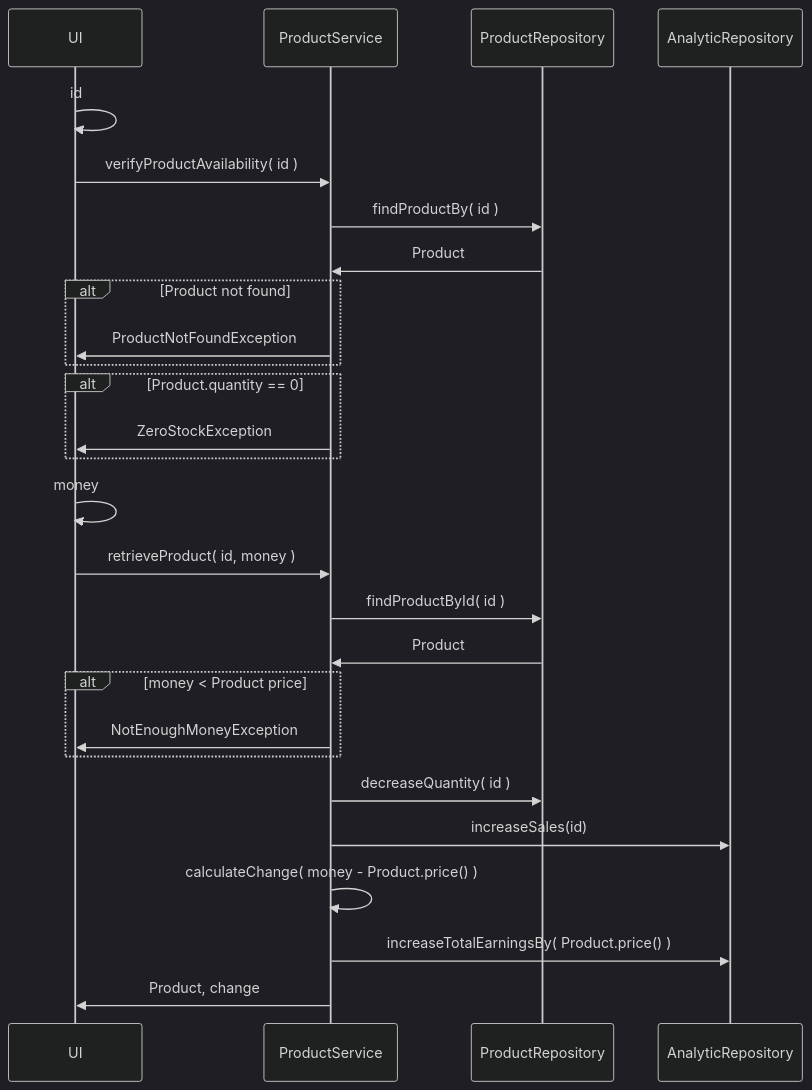
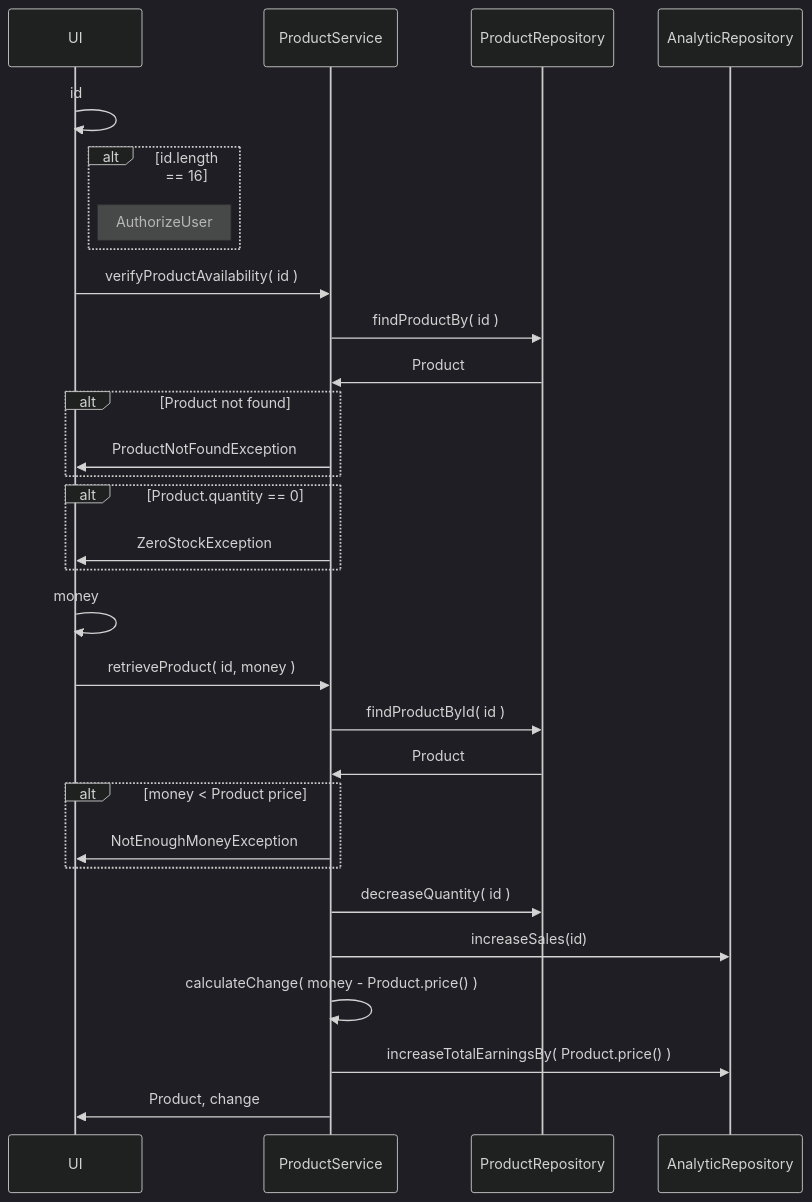
One commit to Apameus/Vending_Machine changed the third of 14 diagrams in README.md. Above: the diagram before and after it, drawn with Mermaid (dark theme). The commit also changed 14 other files, not shown here.

````diff
--- a/README.md
+++ b/README.md
@@ -68,34 +68,37 @@
 ```mermaid
 sequenceDiagram
 participant UI
 participant PS as ProductService
 participant PR as ProductRepository
 participant AR as AnalyticRepository
 
 UI ->> UI: id
+alt id.length == 16
+    Note right of UI: AuthorizeUser
+end
 UI ->> PS: verifyProductAvailability( id )
 PS ->> PR: findProductBy( id )
 PR ->> PS: Product
         
 alt Product not found
     PS ->> UI: ProductNotFoundException
 end
 alt Product.quantity == 0
     PS ->> UI: ZeroStockException
 end
 UI ->> UI: money
 
 
 UI ->> PS: retrieveProduct( id, money )
 PS ->> PR: findProductById( id )
 PR ->> PS: Product
 alt money < Product price
     PS ->> UI: NotEnoughMoneyException
 end
 
 PS ->> PR: decreaseQuantity( id )
 PS ->> AR: increaseSales(id)
     PS ->> PS: calculateChange( money - Product.price() )
     PS ->> AR: increaseTotalEarningsBy( Product.price() )
 PS ->> UI: Product, change
 ```
````
